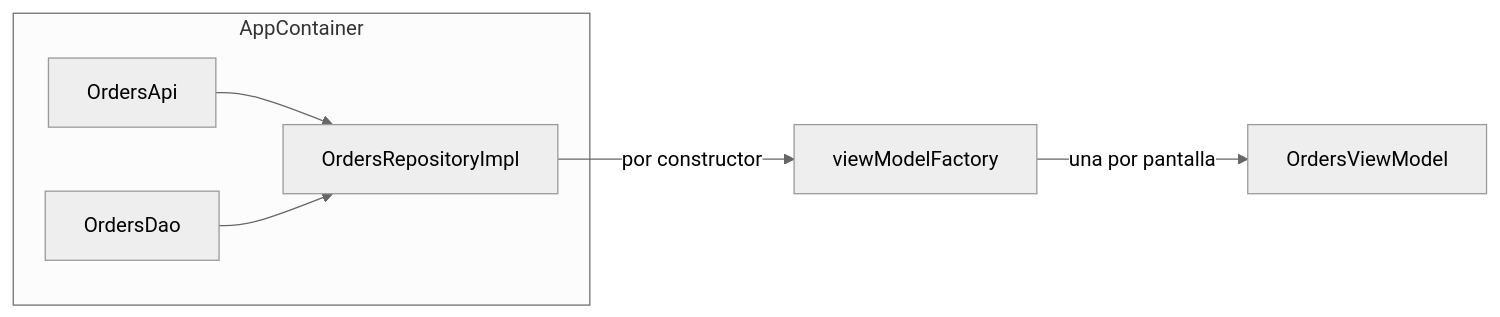
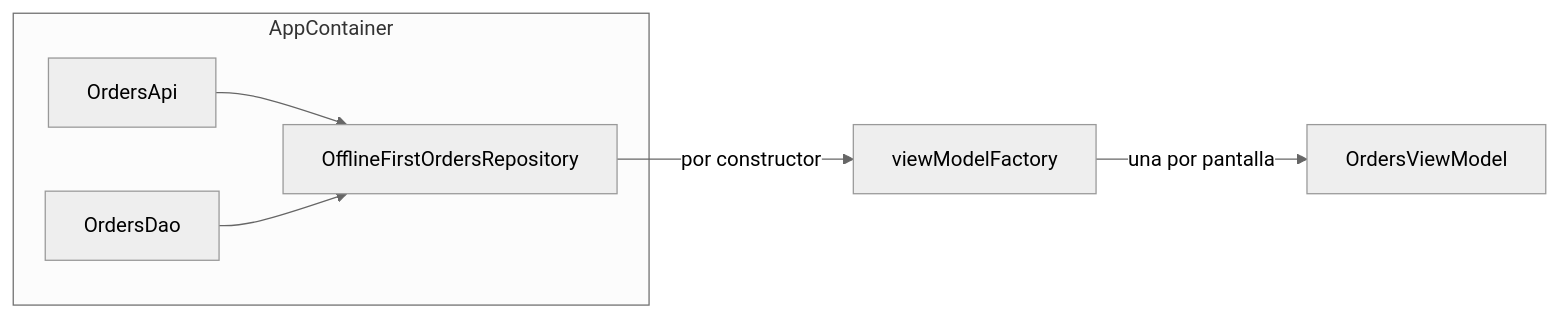
Before and after one commit to Hacybeyker/agent-skills: the diagram in skills/hb-coach/assets/ejemplo/hilt/lecciones/1.2-di-manual-constructor-contenedor-y-fabricas.md, drawn with Mermaid (neutral theme). The commit also changed other lines of this file and 10 other files, not shown here.

````diff
--- a/skills/hb-coach/assets/ejemplo/hilt/lecciones/1.2-di-manual-constructor-contenedor-y-fabricas.md
+++ b/skills/hb-coach/assets/ejemplo/hilt/lecciones/1.2-di-manual-constructor-contenedor-y-fabricas.md
@@ -122,12 +122,12 @@
 ```mermaid
 flowchart LR
     subgraph c["AppContainer"]
         api["OrdersApi"]
         dao["OrdersDao"]
-        repo["OrdersRepositoryImpl"]
+        repo["OfflineFirstOrdersRepository"]
     end
     api --> repo
     dao --> repo
     repo -->|"por constructor"| f["viewModelFactory"]
     f -->|"una por pantalla"| vm["OrdersViewModel"]
 ```
````
